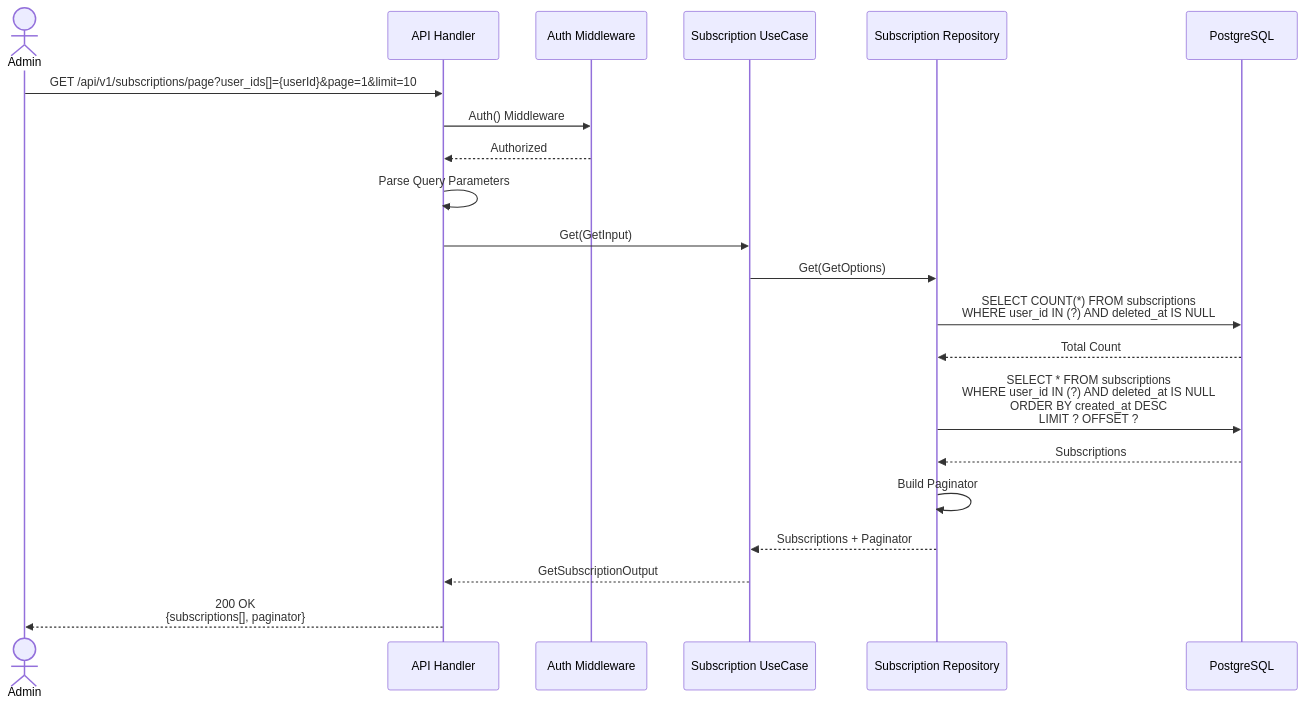
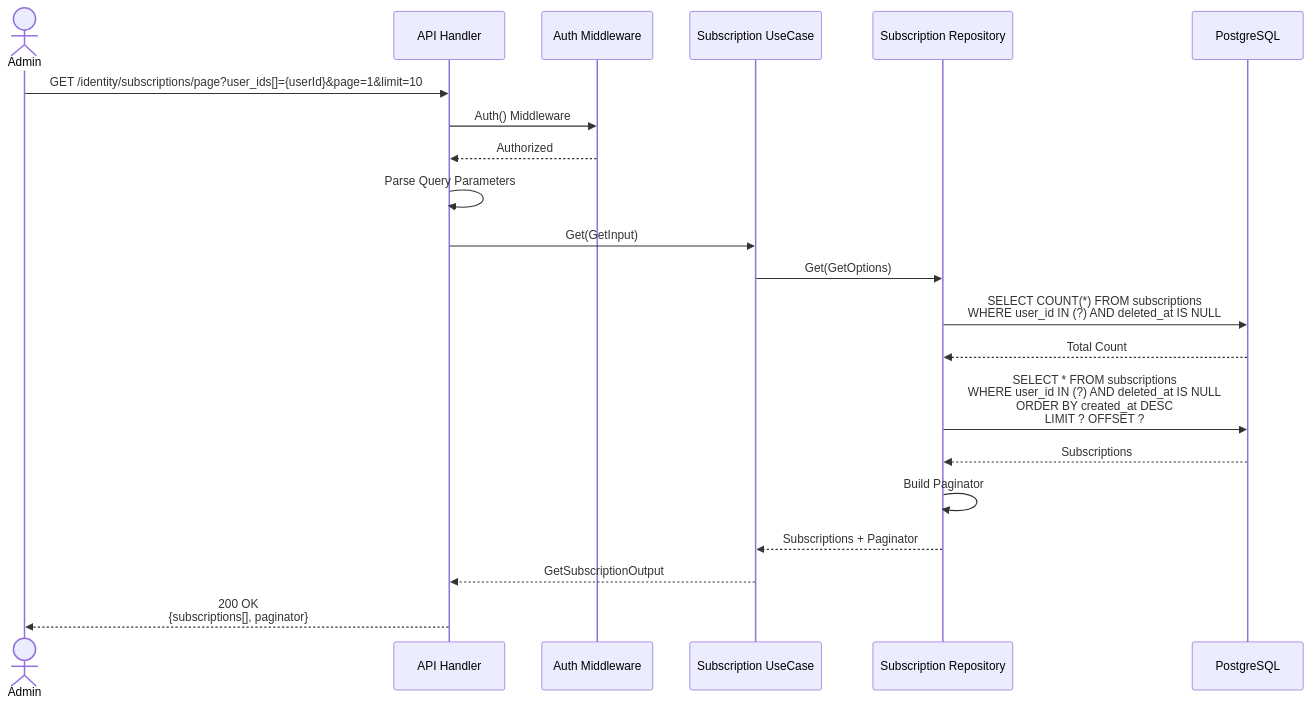
Diagram 12 of 12 in identity/document/api_01_sequence_diagrams.md (smap-hcmut/identity-srv), drawn with Mermaid before and after one commit. The commit also changed other lines of this file and 37 other files, not shown here.

Commit message:
feat(identity): refactor API endpoints to use /identity base path; update documentation and handlers for authentication, plans, and subscriptions; implement role-based access control with user roles and password management features

````diff
--- a/identity/document/api_01_sequence_diagrams.md
+++ b/identity/document/api_01_sequence_diagrams.md
@@ -651,28 +651,28 @@
 ```mermaid
 sequenceDiagram
     actor Admin
     participant API as API Handler
     participant MW as Auth Middleware
     participant SubUC as Subscription UseCase
     participant SubRepo as Subscription Repository
     participant DB as PostgreSQL
 
-    Admin->>API: GET /api/v1/subscriptions/page?user_ids[]={userId}&page=1&limit=10
+    Admin->>API: GET /identity/subscriptions/page?user_ids[]={userId}&page=1&limit=10
     API->>MW: Auth() Middleware
     MW-->>API: Authorized
     
     API->>API: Parse Query Parameters
     API->>SubUC: Get(GetInput)
     
     SubUC->>SubRepo: Get(GetOptions)
     SubRepo->>DB: SELECT COUNT(*) FROM subscriptions<br/>WHERE user_id IN (?) AND deleted_at IS NULL
     DB-->>SubRepo: Total Count
     
     SubRepo->>DB: SELECT * FROM subscriptions<br/>WHERE user_id IN (?) AND deleted_at IS NULL<br/>ORDER BY created_at DESC<br/>LIMIT ? OFFSET ?
     DB-->>SubRepo: Subscriptions
     
     SubRepo->>SubRepo: Build Paginator
     SubRepo-->>SubUC: Subscriptions + Paginator
     SubUC-->>API: GetSubscriptionOutput
     API-->>Admin: 200 OK<br/>{subscriptions[], paginator}
 ```
````
